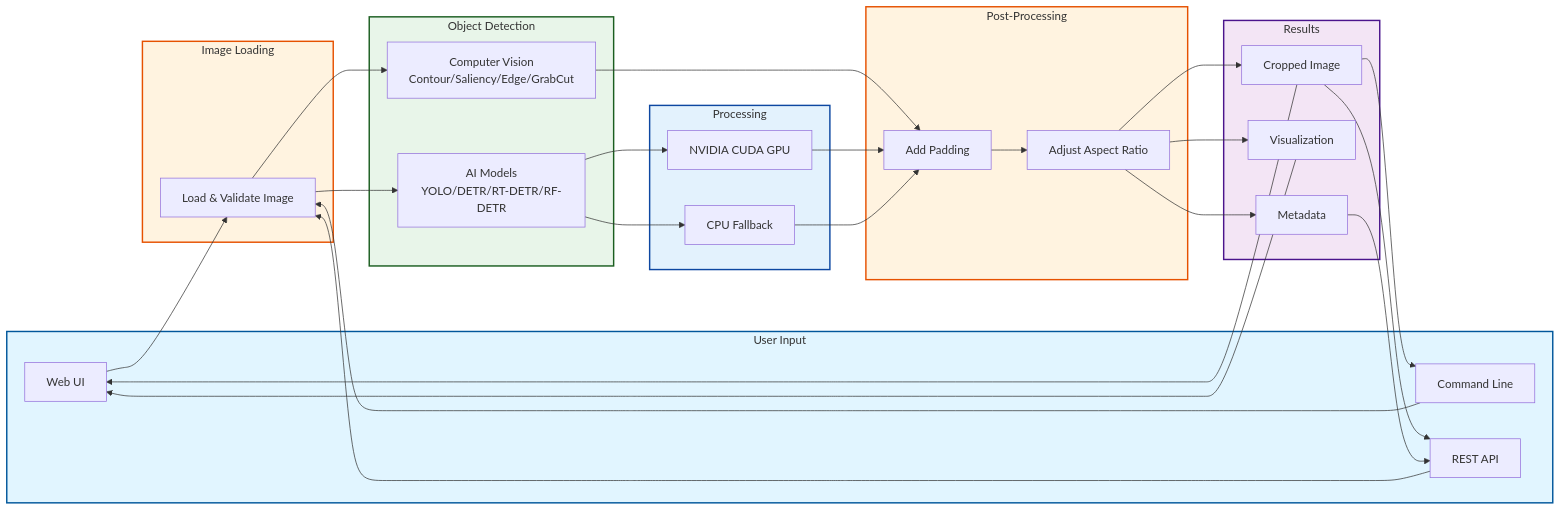
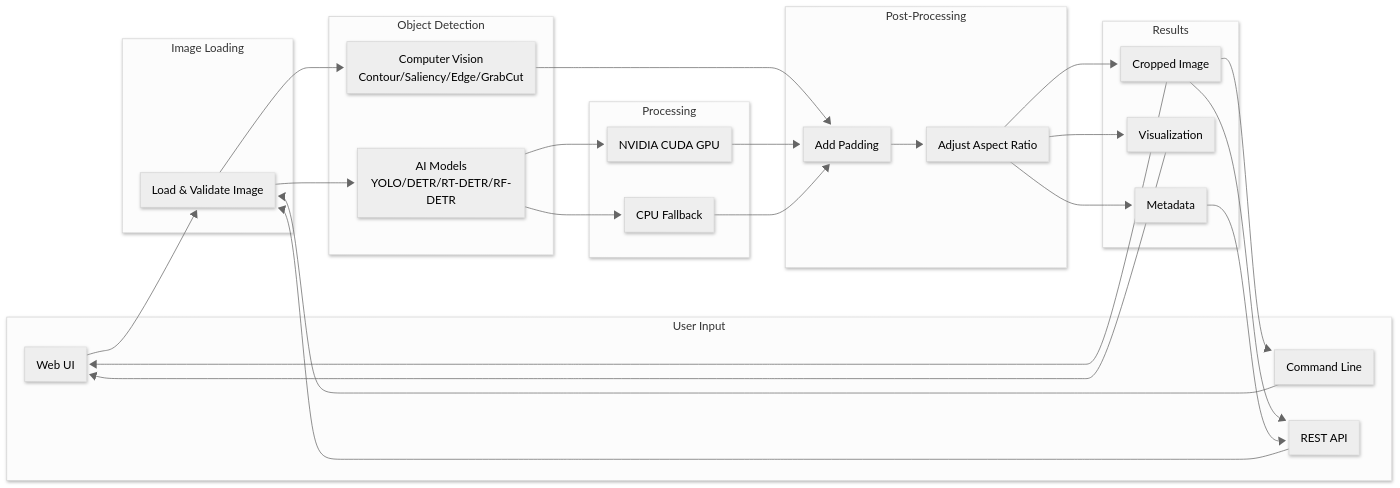
The diagram in README.md (garystafford/ai-image-cropper-v2), drawn with Mermaid before and after one commit.

````diff
--- a/README.md
+++ b/README.md
@@ -40,64 +40,62 @@
 ```mermaid
+---
+config:
+  theme: neutral
+  look: neo
+---
 flowchart LR
     subgraph Input["User Input"]
         UI[Web UI]
         CLI[Command Line]
         API[REST API]
     end
 
     subgraph Load["Image Loading"]
         LOAD[Load & Validate Image]
     end
 
     subgraph Detect["Object Detection"]
         CV[Computer Vision<br/>Contour/Saliency/Edge/GrabCut]
         AI[AI Models<br/>YOLO/DETR/RT-DETR/RF-DETR]
     end
 
     subgraph Compute["Processing"]
         GPU[NVIDIA CUDA GPU]
         CPU[CPU Fallback]
     end
 
     subgraph Process["Post-Processing"]
         PAD[Add Padding]
         ASPECT[Adjust Aspect Ratio]
     end
 
     subgraph Output["Results"]
         CROP[Cropped Image]
         VIZ[Visualization]
         META[Metadata]
     end
 
     UI --> LOAD
     CLI --> LOAD
     API --> LOAD
 
     LOAD --> CV
     LOAD --> AI
 
     CV --> PAD
     AI --> GPU
     AI --> CPU
     GPU --> PAD
     CPU --> PAD
 
     PAD --> ASPECT
     ASPECT --> CROP
     ASPECT --> VIZ
     ASPECT --> META
 
     CROP --> UI
     CROP --> CLI
     CROP --> API
     VIZ --> UI
     META --> API
-
-    style Input fill:#e1f5ff,stroke:#01579b,stroke-width:2px
-    style Load fill:#fff3e0,stroke:#e65100,stroke-width:2px
-    style Detect fill:#e8f5e9,stroke:#1b5e20,stroke-width:2px
-    style Compute fill:#e3f2fd,stroke:#0d47a1,stroke-width:2px
-    style Process fill:#fff3e0,stroke:#e65100,stroke-width:2px
-    style Output fill:#f3e5f5,stroke:#4a148c,stroke-width:2px
 ```
````
